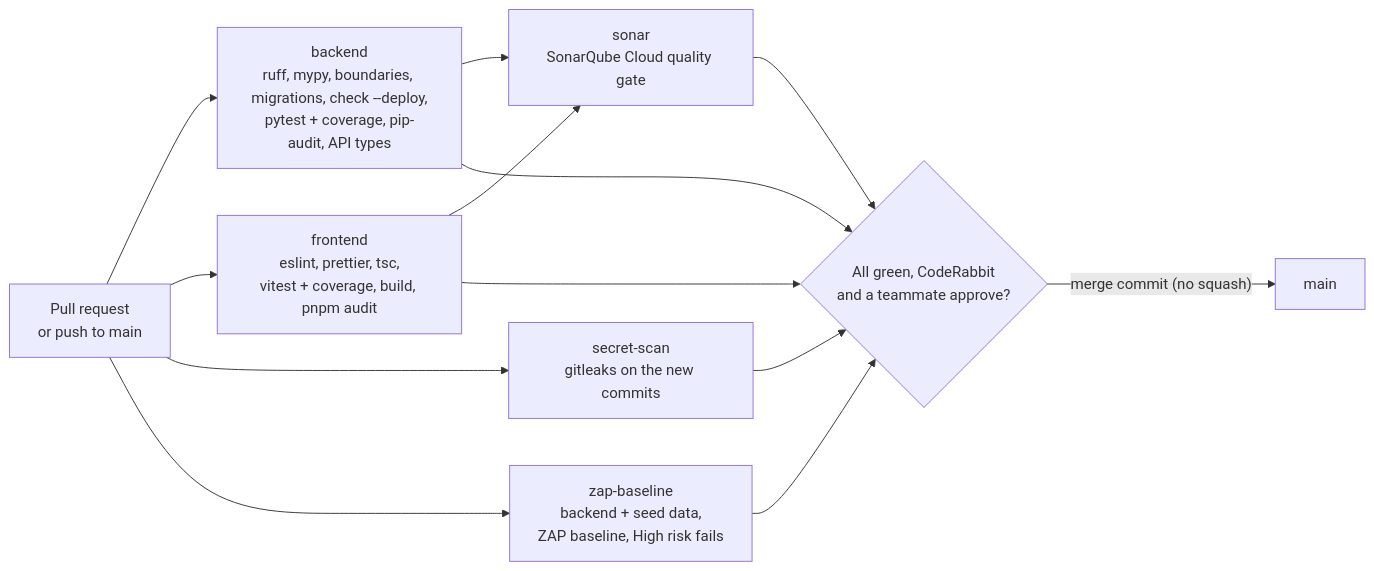
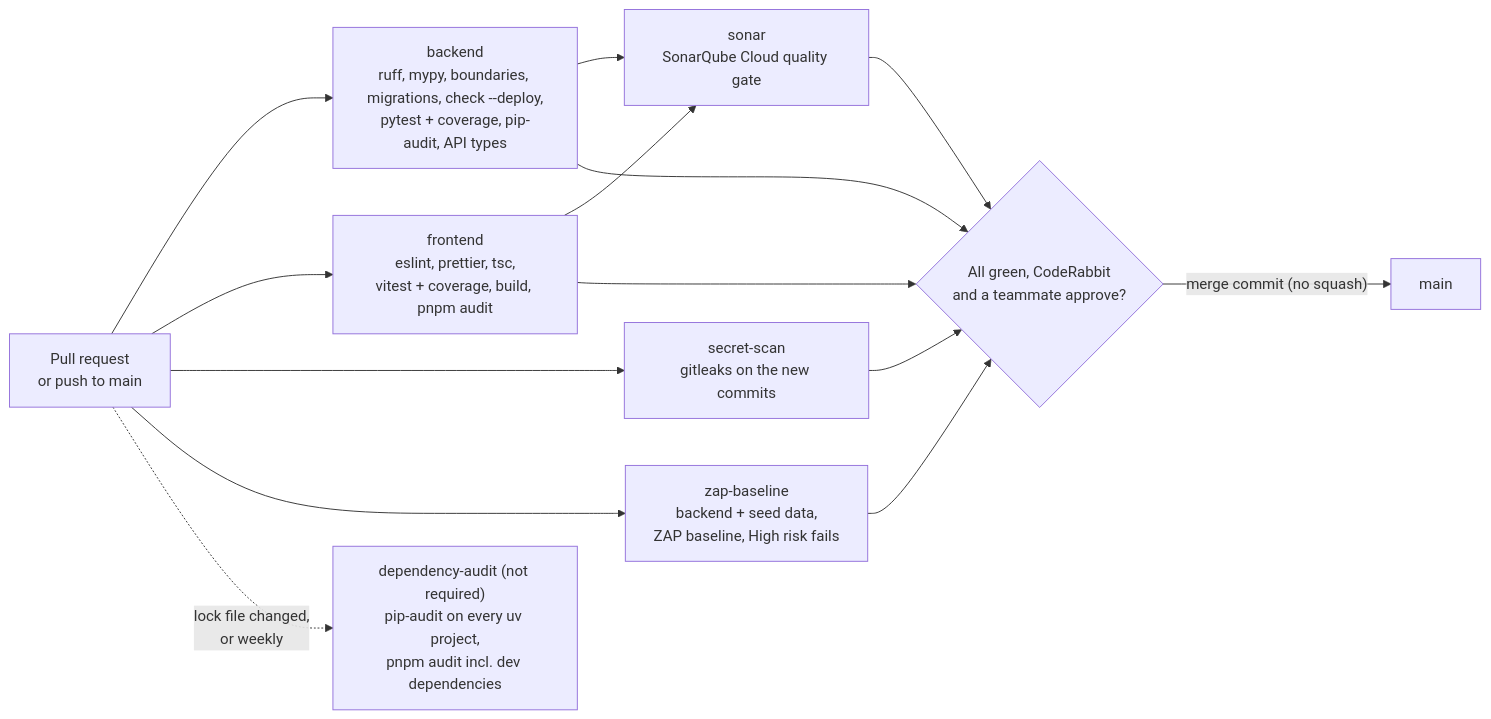
The diagram in README.md (B-A-D-R-SL/iris), drawn with Mermaid before and after one commit. The commit also changed other lines of this file, not shown here.

Commit message:
FIX-25 docs(readme): describe Dependabot and the dependency audits

````diff
--- a/README.md
+++ b/README.md
@@ -225,15 +237,16 @@
 ```mermaid
 flowchart LR
     pr["Pull request<br/>or push to main"] --> be["backend<br/>ruff, mypy, boundaries, migrations, check --deploy,<br/>pytest + coverage, pip-audit, API types"]
     pr --> fe["frontend<br/>eslint, prettier, tsc,<br/>vitest + coverage, build, pnpm audit"]
     pr --> gl["secret-scan<br/>gitleaks on the new commits"]
     pr --> zap["zap-baseline<br/>backend + seed data,<br/>ZAP baseline, High risk fails"]
+    pr -. "lock file changed,<br/>or weekly" .-> audit["dependency-audit (not required)<br/>pip-audit on every uv project,<br/>pnpm audit incl. dev dependencies"]
     be --> sonar["sonar<br/>SonarQube Cloud quality gate"]
     fe --> sonar
     be --> merge{"All green, CodeRabbit<br/>and a teammate approve?"}
     fe --> merge
     gl --> merge
     zap --> merge
     sonar --> merge
     merge -- "merge commit (no squash)" --> main["main"]
 ```
````
